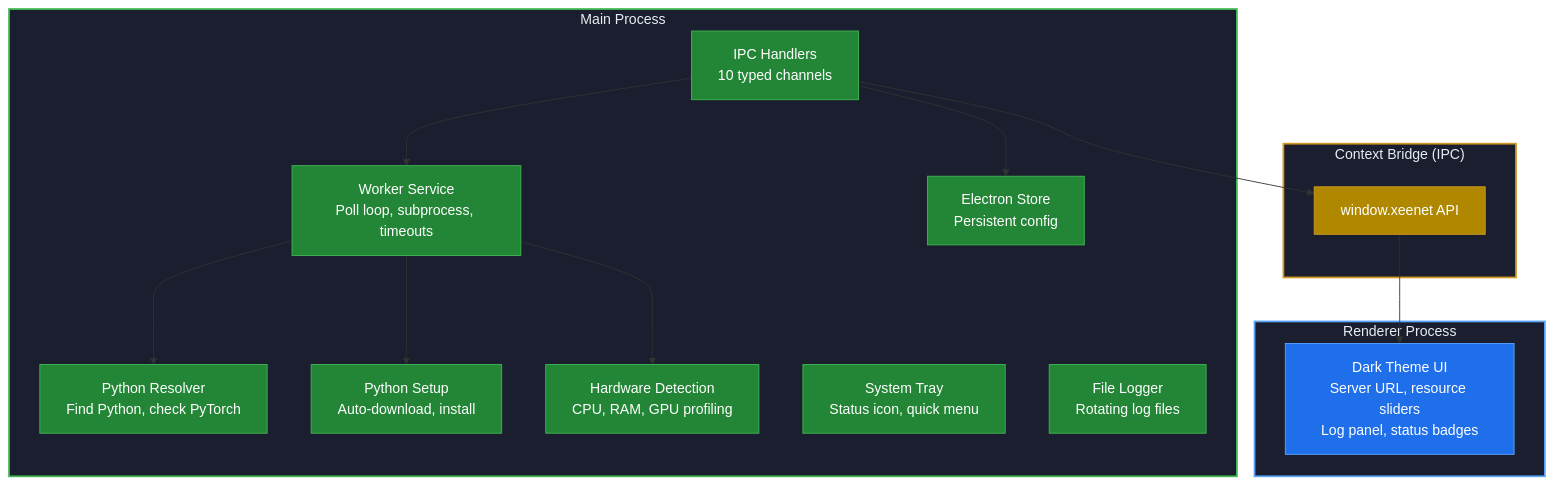
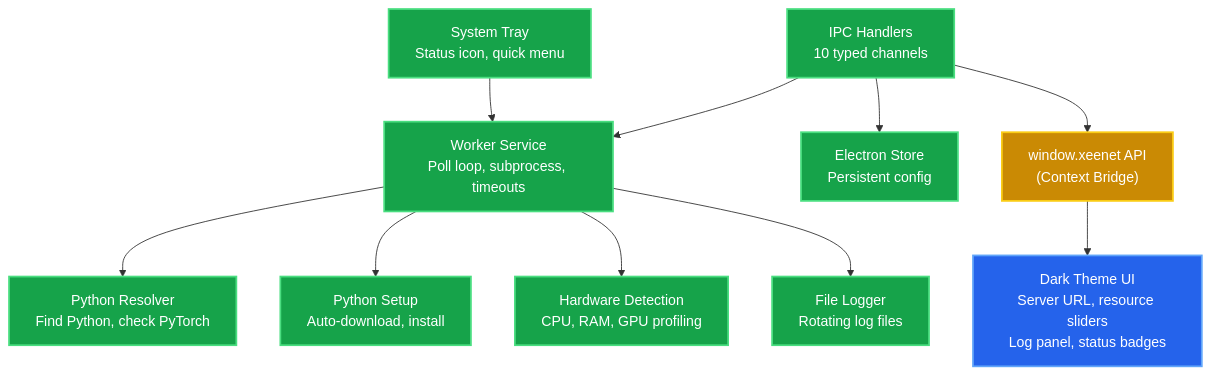
The diagram in docs/desktop-worker.md (xeeva/XeeNet), drawn with Mermaid before and after one commit. The commit also changed 5 other files, not shown here.

First line of the commit message:
Fix Mermaid diagram contrast and code block rendering

```diff
--- a/docs/desktop-worker.md
+++ b/docs/desktop-worker.md
@@ -57,43 +57,36 @@
   <div class="mermaid">
   graph TB
-    subgraph Main["Main Process"]
-      WS["Worker Service<br/>Poll loop, subprocess, timeouts"]
-      PR["Python Resolver<br/>Find Python, check PyTorch"]
-      PS["Python Setup<br/>Auto-download, install"]
-      HD["Hardware Detection<br/>CPU, RAM, GPU profiling"]
-      IPC["IPC Handlers<br/>10 typed channels"]
-      STORE["Electron Store<br/>Persistent config"]
-      TRAY["System Tray<br/>Status icon, quick menu"]
-      LOG["File Logger<br/>Rotating log files"]
-    end
+    WS["Worker Service<br/>Poll loop, subprocess, timeouts"]
+    PR["Python Resolver<br/>Find Python, check PyTorch"]
+    PS["Python Setup<br/>Auto-download, install"]
+    HD["Hardware Detection<br/>CPU, RAM, GPU profiling"]
+    IPC["IPC Handlers<br/>10 typed channels"]
+    STORE["Electron Store<br/>Persistent config"]
+    TRAY["System Tray<br/>Status icon, quick menu"]
+    LOG["File Logger<br/>Rotating log files"]
 
-    subgraph Bridge["Context Bridge (IPC)"]
-      API["window.xeenet API"]
-    end
+    API["window.xeenet API<br/>(Context Bridge)"]
 
-    subgraph Renderer["Renderer Process"]
-      UI["Dark Theme UI<br/>Server URL, resource sliders<br/>Log panel, status badges"]
-    end
+    UI["Dark Theme UI<br/>Server URL, resource sliders<br/>Log panel, status badges"]
 
     WS --> PR
     WS --> PS
     WS --> HD
     IPC --> WS
     IPC --> STORE
     IPC --> API
     API --> UI
+    WS --> LOG
+    TRAY --> WS
 
-    style Main fill:#1a1e2e,stroke:#3fb950,stroke-width:2px,color:#e6edf3
-    style Bridge fill:#1a1e2e,stroke:#d29922,stroke-width:2px,color:#e6edf3
-    style Renderer fill:#1a1e2e,stroke:#58a6ff,stroke-width:2px,color:#e6edf3
-    style WS fill:#238636,stroke:#3fb950,color:#fff
-    style PR fill:#238636,stroke:#3fb950,color:#fff
-    style PS fill:#238636,stroke:#3fb950,color:#fff
-    style HD fill:#238636,stroke:#3fb950,color:#fff
-    style IPC fill:#238636,stroke:#3fb950,color:#fff
-    style STORE fill:#238636,stroke:#3fb950,color:#fff
-    style TRAY fill:#238636,stroke:#3fb950,color:#fff
-    style LOG fill:#238636,stroke:#3fb950,color:#fff
-    style API fill:#b08800,stroke:#d29922,color:#fff
-    style UI fill:#1f6feb,stroke:#58a6ff,color:#fff
+    style WS fill:#16a34a,stroke:#4ade80,stroke-width:2px,color:#fff
+    style PR fill:#16a34a,stroke:#4ade80,stroke-width:2px,color:#fff
+    style PS fill:#16a34a,stroke:#4ade80,stroke-width:2px,color:#fff
+    style HD fill:#16a34a,stroke:#4ade80,stroke-width:2px,color:#fff
+    style IPC fill:#16a34a,stroke:#4ade80,stroke-width:2px,color:#fff
+    style STORE fill:#16a34a,stroke:#4ade80,stroke-width:2px,color:#fff
+    style TRAY fill:#16a34a,stroke:#4ade80,stroke-width:2px,color:#fff
+    style LOG fill:#16a34a,stroke:#4ade80,stroke-width:2px,color:#fff
+    style API fill:#ca8a04,stroke:#facc15,stroke-width:2px,color:#fff
+    style UI fill:#2563eb,stroke:#60a5fa,stroke-width:2px,color:#fff
   </div>
```
